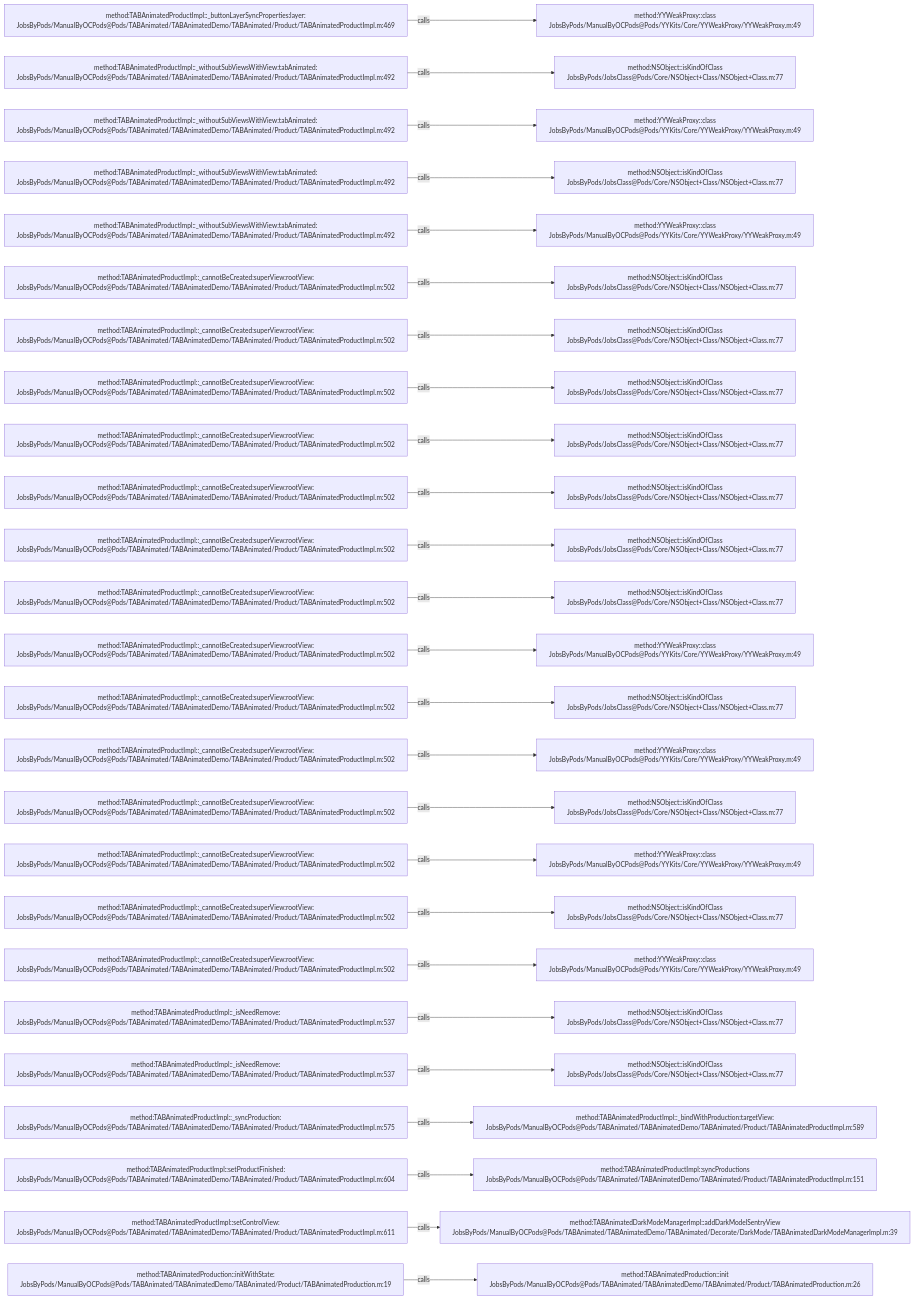
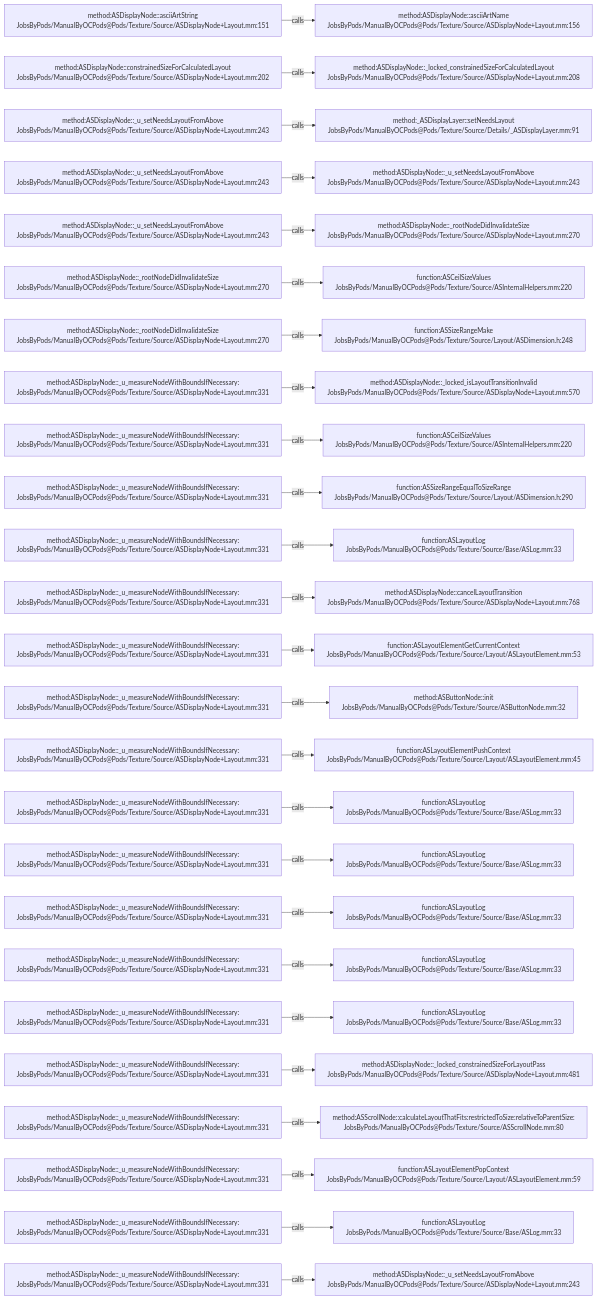
One commit to JobsKits/JobsOCBaseConfigDemo changed the diagram in .codegraph/codegraph.md/graphs/calls-200.md. Above: the diagram before and after it, drawn with Mermaid. The commit also changed 573 other files, not shown here.

````diff
--- a/.codegraph/codegraph.md/graphs/calls-200.md
+++ b/.codegraph/codegraph.md/graphs/calls-200.md
@@ -13,78 +13,78 @@
 ```mermaid
 flowchart LR
-  S1["method:TABAnimatedProductImpl::_buttonLayerSyncProperties:layer:<br/>JobsByPods/ManualByOCPods@Pods/TABAnimated/TABAnimatedDemo/TABAnimated/Product/TABAnimatedProductImpl.m:469"]
-  T1["method:YYWeakProxy::class<br/>JobsByPods/ManualByOCPods@Pods/YYKits/Core/YYWeakProxy/YYWeakProxy.m:49"]
+  S1["method:ASDisplayNode::asciiArtString<br/>JobsByPods/ManualByOCPods@Pods/Texture/Source/ASDisplayNode+Layout.mm:151"]
+  T1["method:ASDisplayNode::asciiArtName<br/>JobsByPods/ManualByOCPods@Pods/Texture/Source/ASDisplayNode+Layout.mm:156"]
   S1 -->|calls| T1
-  S2["method:TABAnimatedProductImpl::_withoutSubViewsWithView:tabAnimated:<br/>JobsByPods/ManualByOCPods@Pods/TABAnimated/TABAnimatedDemo/TABAnimated/Product/TABAnimatedProductImpl.m:492"]
-  T2["method:NSObject::isKindOfClass<br/>JobsByPods/JobsClass@Pods/Core/NSObject+Class/NSObject+Class.m:77"]
+  S2["method:ASDisplayNode::constrainedSizeForCalculatedLayout<br/>JobsByPods/ManualByOCPods@Pods/Texture/Source/ASDisplayNode+Layout.mm:202"]
+  T2["method:ASDisplayNode::_locked_constrainedSizeForCalculatedLayout<br/>JobsByPods/ManualByOCPods@Pods/Texture/Source/ASDisplayNode+Layout.mm:208"]
   S2 -->|calls| T2
-  S3["method:TABAnimatedProductImpl::_withoutSubViewsWithView:tabAnimated:<br/>JobsByPods/ManualByOCPods@Pods/TABAnimated/TABAnimatedDemo/TABAnimated/Product/TABAnimatedProductImpl.m:492"]
-  T3["method:YYWeakProxy::class<br/>JobsByPods/ManualByOCPods@Pods/YYKits/Core/YYWeakProxy/YYWeakProxy.m:49"]
+  S3["method:ASDisplayNode::_u_setNeedsLayoutFromAbove<br/>JobsByPods/ManualByOCPods@Pods/Texture/Source/ASDisplayNode+Layout.mm:243"]
+  T3["method:_ASDisplayLayer::setNeedsLayout<br/>JobsByPods/ManualByOCPods@Pods/Texture/Source/Details/_ASDisplayLayer.mm:91"]
   S3 -->|calls| T3
-  S4["method:TABAnimatedProductImpl::_withoutSubViewsWithView:tabAnimated:<br/>JobsByPods/ManualByOCPods@Pods/TABAnimated/TABAnimatedDemo/TABAnimated/Product/TABAnimatedProductImpl.m:492"]
-  T4["method:NSObject::isKindOfClass<br/>JobsByPods/JobsClass@Pods/Core/NSObject+Class/NSObject+Class.m:77"]
+  S4["method:ASDisplayNode::_u_setNeedsLayoutFromAbove<br/>JobsByPods/ManualByOCPods@Pods/Texture/Source/ASDisplayNode+Layout.mm:243"]
+  T4["method:ASDisplayNode::_u_setNeedsLayoutFromAbove<br/>JobsByPods/ManualByOCPods@Pods/Texture/Source/ASDisplayNode+Layout.mm:243"]
   S4 -->|calls| T4
-  S5["method:TABAnimatedProductImpl::_withoutSubViewsWithView:tabAnimated:<br/>JobsByPods/ManualByOCPods@Pods/TABAnimated/TABAnimatedDemo/TABAnimated/Product/TABAnimatedProductImpl.m:492"]
-  T5["method:YYWeakProxy::class<br/>JobsByPods/ManualByOCPods@Pods/YYKits/Core/YYWeakProxy/YYWeakProxy.m:49"]
+  S5["method:ASDisplayNode::_u_setNeedsLayoutFromAbove<br/>JobsByPods/ManualByOCPods@Pods/Texture/Source/ASDisplayNode+Layout.mm:243"]
+  T5["method:ASDisplayNode::_rootNodeDidInvalidateSize<br/>JobsByPods/ManualByOCPods@Pods/Texture/Source/ASDisplayNode+Layout.mm:270"]
   S5 -->|calls| T5
-  S6["method:TABAnimatedProductImpl::_cannotBeCreated:superView:rootView:<br/>JobsByPods/ManualByOCPods@Pods/TABAnimated/TABAnimatedDemo/TABAnimated/Product/TABAnimatedProductImpl.m:502"]
-  T6["method:NSObject::isKindOfClass<br/>JobsByPods/JobsClass@Pods/Core/NSObject+Class/NSObject+Class.m:77"]
+  S6["method:ASDisplayNode::_rootNodeDidInvalidateSize<br/>JobsByPods/ManualByOCPods@Pods/Texture/Source/ASDisplayNode+Layout.mm:270"]
+  T6["function:ASCeilSizeValues<br/>JobsByPods/ManualByOCPods@Pods/Texture/Source/ASInternalHelpers.mm:220"]
   S6 -->|calls| T6
-  S7["method:TABAnimatedProductImpl::_cannotBeCreated:superView:rootView:<br/>JobsByPods/ManualByOCPods@Pods/TABAnimated/TABAnimatedDemo/TABAnimated/Product/TABAnimatedProductImpl.m:502"]
-  T7["method:NSObject::isKindOfClass<br/>JobsByPods/JobsClass@Pods/Core/NSObject+Class/NSObject+Class.m:77"]
+  S7["method:ASDisplayNode::_rootNodeDidInvalidateSize<br/>JobsByPods/ManualByOCPods@Pods/Texture/Source/ASDisplayNode+Layout.mm:270"]
+  T7["function:ASSizeRangeMake<br/>JobsByPods/ManualByOCPods@Pods/Texture/Source/Layout/ASDimension.h:248"]
   S7 -->|calls| T7
-  S8["method:TABAnimatedProductImpl::_cannotBeCreated:superView:rootView:<br/>JobsByPods/ManualByOCPods@Pods/TABAnimated/TABAnimatedDemo/TABAnimated/Product/TABAnimatedProductImpl.m:502"]
-  T8["method:NSObject::isKindOfClass<br/>JobsByPods/JobsClass@Pods/Core/NSObject+Class/NSObject+Class.m:77"]
+  S8["method:ASDisplayNode::_u_measureNodeWithBoundsIfNecessary:<br/>JobsByPods/ManualByOCPods@Pods/Texture/Source/ASDisplayNode+Layout.mm:331"]
+  T8["method:ASDisplayNode::_locked_isLayoutTransitionInvalid<br/>JobsByPods/ManualByOCPods@Pods/Texture/Source/ASDisplayNode+Layout.mm:570"]
   S8 -->|calls| T8
-  S9["method:TABAnimatedProductImpl::_cannotBeCreated:superView:rootView:<br/>JobsByPods/ManualByOCPods@Pods/TABAnimated/TABAnimatedDemo/TABAnimated/Product/TABAnimatedProductImpl.m:502"]
-  T9["method:NSObject::isKindOfClass<br/>JobsByPods/JobsClass@Pods/Core/NSObject+Class/NSObject+Class.m:77"]
+  S9["method:ASDisplayNode::_u_measureNodeWithBoundsIfNecessary:<br/>JobsByPods/ManualByOCPods@Pods/Texture/Source/ASDisplayNode+Layout.mm:331"]
+  T9["function:ASCeilSizeValues<br/>JobsByPods/ManualByOCPods@Pods/Texture/Source/ASInternalHelpers.mm:220"]
   S9 -->|calls| T9
-  S10["method:TABAnimatedProductImpl::_cannotBeCreated:superView:rootView:<br/>JobsByPods/ManualByOCPods@Pods/TABAnimated/TABAnimatedDemo/TABAnimated/Product/TABAnimatedProductImpl.m:502"]
-  T10["method:NSObject::isKindOfClass<br/>JobsByPods/JobsClass@Pods/Core/NSObject+Class/NSObject+Class.m:77"]
+  S10["method:ASDisplayNode::_u_measureNodeWithBoundsIfNecessary:<br/>JobsByPods/ManualByOCPods@Pods/Texture/Source/ASDisplayNode+Layout.mm:331"]
+  T10["function:ASSizeRangeEqualToSizeRange<br/>JobsByPods/ManualByOCPods@Pods/Texture/Source/Layout/ASDimension.h:290"]
   S10 -->|calls| T10
-  S11["method:TABAnimatedProductImpl::_cannotBeCreated:superView:rootView:<br/>JobsByPods/ManualByOCPods@Pods/TABAnimated/TABAnimatedDemo/TABAnimated/Product/TABAnimatedProductImpl.m:502"]
-  T11["method:NSObject::isKindOfClass<br/>JobsByPods/JobsClass@Pods/Core/NSObject+Class/NSObject+Class.m:77"]
+  S11["method:ASDisplayNode::_u_measureNodeWithBoundsIfNecessary:<br/>JobsByPods/ManualByOCPods@Pods/Texture/Source/ASDisplayNode+Layout.mm:331"]
+  T11["function:ASLayoutLog<br/>JobsByPods/ManualByOCPods@Pods/Texture/Source/Base/ASLog.mm:33"]
   S11 -->|calls| T11
-  S12["method:TABAnimatedProductImpl::_cannotBeCreated:superView:rootView:<br/>JobsByPods/ManualByOCPods@Pods/TABAnimated/TABAnimatedDemo/TABAnimated/Product/TABAnimatedProductImpl.m:502"]
-  T12["method:NSObject::isKindOfClass<br/>JobsByPods/JobsClass@Pods/Core/NSObject+Class/NSObject+Class.m:77"]
+  S12["method:ASDisplayNode::_u_measureNodeWithBoundsIfNecessary:<br/>JobsByPods/ManualByOCPods@Pods/Texture/Source/ASDisplayNode+Layout.mm:331"]
+  T12["method:ASDisplayNode::cancelLayoutTransition<br/>JobsByPods/ManualByOCPods@Pods/Texture/Source/ASDisplayNode+Layout.mm:768"]
   S12 -->|calls| T12
-  S13["method:TABAnimatedProductImpl::_cannotBeCreated:superView:rootView:<br/>JobsByPods/ManualByOCPods@Pods/TABAnimated/TABAnimatedDemo/TABAnimated/Product/TABAnimatedProductImpl.m:502"]
-  T13["method:YYWeakProxy::class<br/>JobsByPods/ManualByOCPods@Pods/YYKits/Core/YYWeakProxy/YYWeakProxy.m:49"]
+  S13["method:ASDisplayNode::_u_measureNodeWithBoundsIfNecessary:<br/>JobsByPods/ManualByOCPods@Pods/Texture/Source/ASDisplayNode+Layout.mm:331"]
+  T13["function:ASLayoutElementGetCurrentContext<br/>JobsByPods/ManualByOCPods@Pods/Texture/Source/Layout/ASLayoutElement.mm:53"]
   S13 -->|calls| T13
-  S14["method:TABAnimatedProductImpl::_cannotBeCreated:superView:rootView:<br/>JobsByPods/ManualByOCPods@Pods/TABAnimated/TABAnimatedDemo/TABAnimated/Product/TABAnimatedProductImpl.m:502"]
-  T14["method:NSObject::isKindOfClass<br/>JobsByPods/JobsClass@Pods/Core/NSObject+Class/NSObject+Class.m:77"]
+  S14["method:ASDisplayNode::_u_measureNodeWithBoundsIfNecessary:<br/>JobsByPods/ManualByOCPods@Pods/Texture/Source/ASDisplayNode+Layout.mm:331"]
+  T14["method:ASButtonNode::init<br/>JobsByPods/ManualByOCPods@Pods/Texture/Source/ASButtonNode.mm:32"]
   S14 -->|calls| T14
-  S15["method:TABAnimatedProductImpl::_cannotBeCreated:superView:rootView:<br/>JobsByPods/ManualByOCPods@Pods/TABAnimated/TABAnimatedDemo/TABAnimated/Product/TABAnimatedProductImpl.m:502"]
-  T15["method:YYWeakProxy::class<br/>JobsByPods/ManualByOCPods@Pods/YYKits/Core/YYWeakProxy/YYWeakProxy.m:49"]
+  S15["method:ASDisplayNode::_u_measureNodeWithBoundsIfNecessary:<br/>JobsByPods/ManualByOCPods@Pods/Texture/Source/ASDisplayNode+Layout.mm:331"]
+  T15["function:ASLayoutElementPushContext<br/>JobsByPods/ManualByOCPods@Pods/Texture/Source/Layout/ASLayoutElement.mm:45"]
   S15 -->|calls| T15
-  S16["method:TABAnimatedProductImpl::_cannotBeCreated:superView:rootView:<br/>JobsByPods/ManualByOCPods@Pods/TABAnimated/TABAnimatedDemo/TABAnimated/Product/TABAnimatedProductImpl.m:502"]
-  T16["method:NSObject::isKindOfClass<br/>JobsByPods/JobsClass@Pods/Core/NSObject+Class/NSObject+Class.m:77"]
+  S16["method:ASDisplayNode::_u_measureNodeWithBoundsIfNecessary:<br/>JobsByPods/ManualByOCPods@Pods/Texture/Source/ASDisplayNode+Layout.mm:331"]
+  T16["function:ASLayoutLog<br/>JobsByPods/ManualByOCPods@Pods/Texture/Source/Base/ASLog.mm:33"]
   S16 -->|calls| T16
-  S17["method:TABAnimatedProductImpl::_cannotBeCreated:superView:rootView:<br/>JobsByPods/ManualByOCPods@Pods/TABAnimated/TABAnimatedDemo/TABAnimated/Product/TABAnimatedProductImpl.m:502"]
-  T17["method:YYWeakProxy::class<br/>JobsByPods/ManualByOCPods@Pods/YYKits/Core/YYWeakProxy/YYWeakProxy.m:49"]
+  S17["method:ASDisplayNode::_u_measureNodeWithBoundsIfNecessary:<br/>JobsByPods/ManualByOCPods@Pods/Texture/Source/ASDisplayNode+Layout.mm:331"]
+  T17["function:ASLayoutLog<br/>JobsByPods/ManualByOCPods@Pods/Texture/Source/Base/ASLog.mm:33"]
   S17 -->|calls| T17
-  S18["method:TABAnimatedProductImpl::_cannotBeCreated:superView:rootView:<br/>JobsByPods/ManualByOCPods@Pods/TABAnimated/TABAnimatedDemo/TABAnimated/Product/TABAnimatedProductImpl.m:502"]
-  T18["method:NSObject::isKindOfClass<br/>JobsByPods/JobsClass@Pods/Core/NSObject+Class/NSObject+Class.m:77"]
+  S18["method:ASDisplayNode::_u_measureNodeWithBoundsIfNecessary:<br/>JobsByPods/ManualByOCPods@Pods/Texture/Source/ASDisplayNode+Layout.mm:331"]
+  T18["function:ASLayoutLog<br/>JobsByPods/ManualByOCPods@Pods/Texture/Source/Base/ASLog.mm:33"]
   S18 -->|calls| T18
-  S19["method:TABAnimatedProductImpl::_cannotBeCreated:superView:rootView:<br/>JobsByPods/ManualByOCPods@Pods/TABAnimated/TABAnimatedDemo/TABAnimated/Product/TABAnimatedProductImpl.m:502"]
-  T19["method:YYWeakProxy::class<br/>JobsByPods/ManualByOCPods@Pods/YYKits/Core/YYWeakProxy/YYWeakProxy.m:49"]
+  S19["method:ASDisplayNode::_u_measureNodeWithBoundsIfNecessary:<br/>JobsByPods/ManualByOCPods@Pods/Texture/Source/ASDisplayNode+Layout.mm:331"]
+  T19["function:ASLayoutLog<br/>JobsByPods/ManualByOCPods@Pods/Texture/Source/Base/ASLog.mm:33"]
   S19 -->|calls| T19
-  S20["method:TABAnimatedProductImpl::_isNeedRemove:<br/>JobsByPods/ManualByOCPods@Pods/TABAnimated/TABAnimatedDemo/TABAnimated/Product/TABAnimatedProductImpl.m:537"]
-  T20["method:NSObject::isKindOfClass<br/>JobsByPods/JobsClass@Pods/Core/NSObject+Class/NSObject+Class.m:77"]
+  S20["method:ASDisplayNode::_u_measureNodeWithBoundsIfNecessary:<br/>JobsByPods/ManualByOCPods@Pods/Texture/Source/ASDisplayNode+Layout.mm:331"]
+  T20["function:ASLayoutLog<br/>JobsByPods/ManualByOCPods@Pods/Texture/Source/Base/ASLog.mm:33"]
   S20 -->|calls| T20
-  S21["method:TABAnimatedProductImpl::_isNeedRemove:<br/>JobsByPods/ManualByOCPods@Pods/TABAnimated/TABAnimatedDemo/TABAnimated/Product/TABAnimatedProductImpl.m:537"]
-  T21["method:NSObject::isKindOfClass<br/>JobsByPods/JobsClass@Pods/Core/NSObject+Class/NSObject+Class.m:77"]
+  S21["method:ASDisplayNode::_u_measureNodeWithBoundsIfNecessary:<br/>JobsByPods/ManualByOCPods@Pods/Texture/Source/ASDisplayNode+Layout.mm:331"]
+  T21["method:ASDisplayNode::_locked_constrainedSizeForLayoutPass<br/>JobsByPods/ManualByOCPods@Pods/Texture/Source/ASDisplayNode+Layout.mm:481"]
   S21 -->|calls| T21
-  S22["method:TABAnimatedProductImpl::_syncProduction:<br/>JobsByPods/ManualByOCPods@Pods/TABAnimated/TABAnimatedDemo/TABAnimated/Product/TABAnimatedProductImpl.m:575"]
-  T22["method:TABAnimatedProductImpl::_bindWithProduction:targetView:<br/>JobsByPods/ManualByOCPods@Pods/TABAnimated/TABAnimatedDemo/TABAnimated/Product/TABAnimatedProductImpl.m:589"]
+  S22["method:ASDisplayNode::_u_measureNodeWithBoundsIfNecessary:<br/>JobsByPods/ManualByOCPods@Pods/Texture/Source/ASDisplayNode+Layout.mm:331"]
+  T22["method:ASScrollNode::calculateLayoutThatFits:restrictedToSize:relativeToParentSize:<br/>JobsByPods/ManualByOCPods@Pods/Texture/Source/ASScrollNode.mm:80"]
   S22 -->|calls| T22
-  S23["method:TABAnimatedProductImpl::setProductFinished:<br/>JobsByPods/ManualByOCPods@Pods/TABAnimated/TABAnimatedDemo/TABAnimated/Product/TABAnimatedProductImpl.m:604"]
-  T23["method:TABAnimatedProductImpl::syncProductions<br/>JobsByPods/ManualByOCPods@Pods/TABAnimated/TABAnimatedDemo/TABAnimated/Product/TABAnimatedProductImpl.m:151"]
+  S23["method:ASDisplayNode::_u_measureNodeWithBoundsIfNecessary:<br/>JobsByPods/ManualByOCPods@Pods/Texture/Source/ASDisplayNode+Layout.mm:331"]
+  T23["function:ASLayoutElementPopContext<br/>JobsByPods/ManualByOCPods@Pods/Texture/Source/Layout/ASLayoutElement.mm:59"]
   S23 -->|calls| T23
-  S24["method:TABAnimatedProductImpl::setControlView:<br/>JobsByPods/ManualByOCPods@Pods/TABAnimated/TABAnimatedDemo/TABAnimated/Product/TABAnimatedProductImpl.m:611"]
-  T24["method:TABAnimatedDarkModeManagerImpl::addDarkModelSentryView<br/>JobsByPods/ManualByOCPods@Pods/TABAnimated/TABAnimatedDemo/TABAnimated/Decorate/DarkMode/TABAnimatedDarkModeManagerImpl.m:39"]
+  S24["method:ASDisplayNode::_u_measureNodeWithBoundsIfNecessary:<br/>JobsByPods/ManualByOCPods@Pods/Texture/Source/ASDisplayNode+Layout.mm:331"]
+  T24["function:ASLayoutLog<br/>JobsByPods/ManualByOCPods@Pods/Texture/Source/Base/ASLog.mm:33"]
   S24 -->|calls| T24
-  S25["method:TABAnimatedProduction::initWithState:<br/>JobsByPods/ManualByOCPods@Pods/TABAnimated/TABAnimatedDemo/TABAnimated/Product/TABAnimatedProduction.m:19"]
-  T25["method:TABAnimatedProduction::init<br/>JobsByPods/ManualByOCPods@Pods/TABAnimated/TABAnimatedDemo/TABAnimated/Product/TABAnimatedProduction.m:26"]
+  S25["method:ASDisplayNode::_u_measureNodeWithBoundsIfNecessary:<br/>JobsByPods/ManualByOCPods@Pods/Texture/Source/ASDisplayNode+Layout.mm:331"]
+  T25["method:ASDisplayNode::_u_setNeedsLayoutFromAbove<br/>JobsByPods/ManualByOCPods@Pods/Texture/Source/ASDisplayNode+Layout.mm:243"]
   S25 -->|calls| T25
 ```
````
